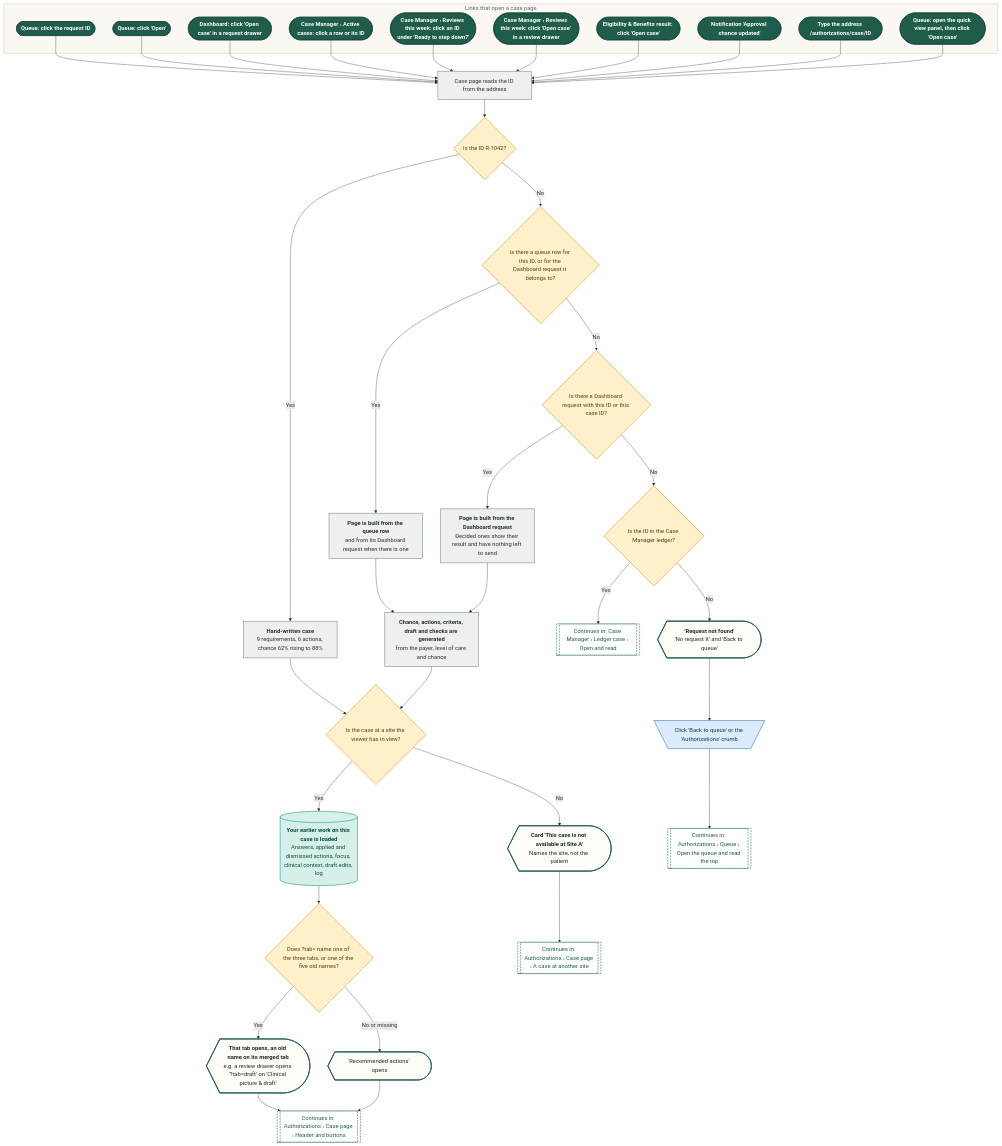
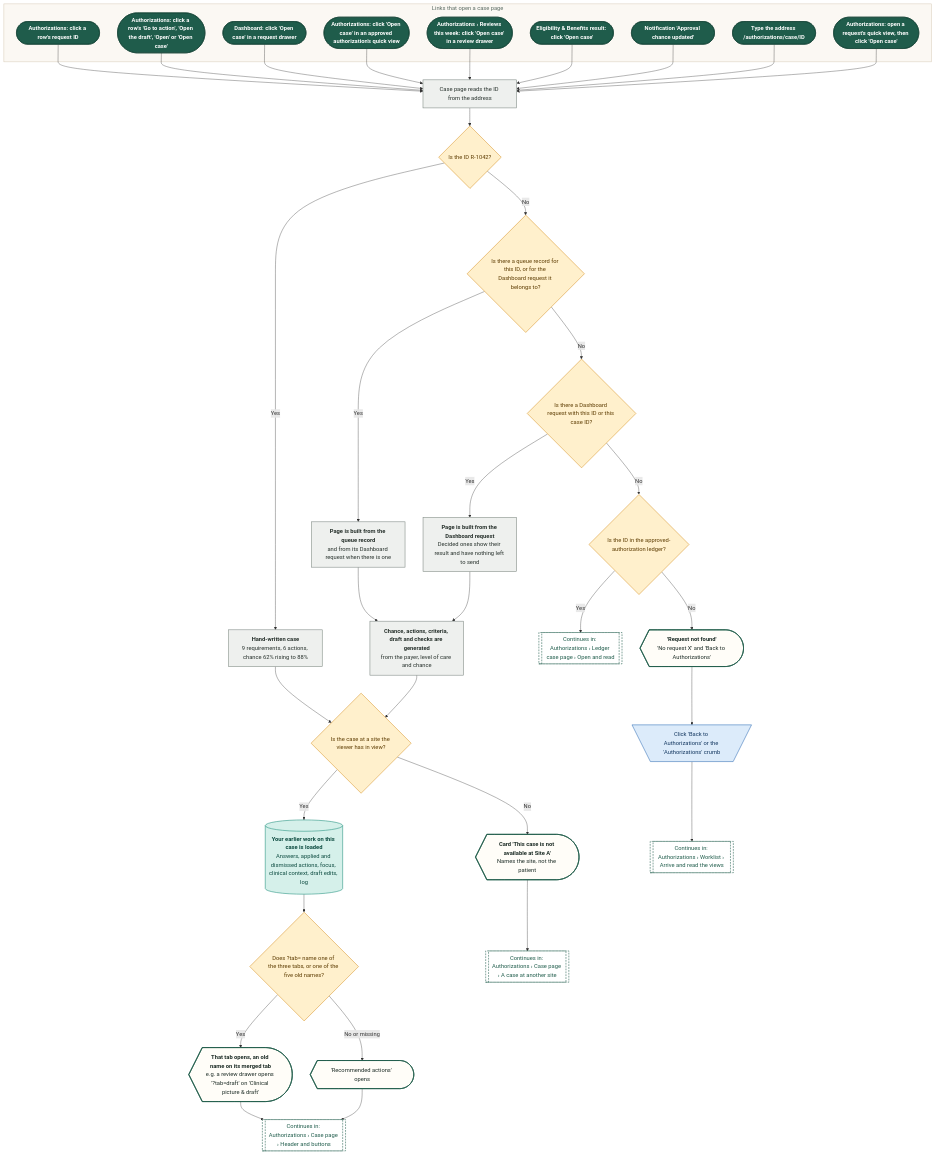
One commit to Shrav143/psyfloapp changed diagram 13 of 38 in demos/prior-auth-demo/workflows/out/md/03-authorizations.md. Above: the diagram before and after it, drawn with Mermaid. The commit also changed other lines of this file and 113 other files, not shown here.

First line of the commit message:
docs: workflow diagrams for the merged Authorizations (worklist, approved, reviews and tracked cases, sidebar arrow), every link retargeted, 336 diagrams

```diff
--- a/demos/prior-auth-demo/workflows/out/md/03-authorizations.md
+++ b/demos/prior-auth-demo/workflows/out/md/03-authorizations.md
@@ -750,30 +1086,29 @@
   classDef k_toast fill:#FFF9DB,stroke:#C9A400,color:#5A4A00,stroke-width:1.5px
   classDef k_goto fill:#FFFFFF,stroke:#1F5C4B,color:#1F5C4B,stroke-width:1.5px,stroke-dasharray:5 3
   subgraph gIn ["Links that open a case page"]
-  a1@{ shape: stadium, label: "Queue: click the request ID" }
-  a2@{ shape: stadium, label: "Queue: click 'Open'" }
+  a1@{ shape: stadium, label: "Authorizations: click a row's request ID" }
+  a2@{ shape: stadium, label: "Authorizations: click a row's 'Go to action', 'Open the draft', 'Open' or 'Open case'" }
   a3@{ shape: stadium, label: "Dashboard: click 'Open case' in a request drawer" }
-  a4@{ shape: stadium, label: "Case Manager › Active cases: click a row or its ID" }
-  a5@{ shape: stadium, label: "Case Manager › Reviews this week: click an ID under 'Ready to step down?'" }
-  a6@{ shape: stadium, label: "Case Manager › Reviews this week: click 'Open case' in a review drawer" }
+  a4@{ shape: stadium, label: "Authorizations: click 'Open case' in an approved authorization's quick view" }
+  a6@{ shape: stadium, label: "Authorizations › Reviews this week: click 'Open case' in a review drawer" }
   a7@{ shape: stadium, label: "Eligibility & Benefits result: click 'Open case'" }
   a8@{ shape: stadium, label: "Notification 'Approval chance updated'" }
   a9@{ shape: stadium, label: "Type the address /authorizations/case/ID" }
-  a10@{ shape: stadium, label: "Queue: open the quick view panel, then click 'Open case'" }
+  a10@{ shape: stadium, label: "Authorizations: open a request's quick view, then click 'Open case'" }
   end
   r0@{ shape: rect, label: "Case page reads the ID from the address" }
   d1@{ shape: diam, label: "Is the ID R-1042?" }
   hand@{ shape: rect, label: "<b>Hand-written case</b><br/>9 requirements, 6 actions, chance 62% rising to 88%" }
-  d2@{ shape: diam, label: "Is there a queue row for this ID, or for the Dashboard request it belongs to?" }
-  fq@{ shape: rect, label: "<b>Page is built from the queue row</b><br/>and from its Dashboard request when there is one" }
+  d2@{ shape: diam, label: "Is there a queue record for this ID, or for the Dashboard request it belongs to?" }
+  fq@{ shape: rect, label: "<b>Page is built from the queue record</b><br/>and from its Dashboard request when there is one" }
   d3@{ shape: diam, label: "Is there a Dashboard request with this ID or this case ID?" }
   fr@{ shape: rect, label: "<b>Page is built from the Dashboard request</b><br/>Decided ones show their result and have nothing left to send" }
   gen@{ shape: rect, label: "<b>Chance, actions, criteria, draft and checks are generated</b><br/>from the payer, level of care and chance" }
-  d5@{ shape: diam, label: "Is the ID in the Case Manager ledger?" }
-  gL@{ shape: subproc, label: "Continues in: Case Manager › Ledger case › Open and read" }
-  nf@{ shape: curv-trap, label: "<b>'Request not found'</b><br/>'No request X' and 'Back to queue'" }
-  bq@{ shape: trap-t, label: "Click 'Back to queue' or the 'Authorizations' crumb" }
-  gQ@{ shape: subproc, label: "Continues in: Authorizations › Queue › Open the queue and read the top" }
+  d5@{ shape: diam, label: "Is the ID in the approved-authorization ledger?" }
+  gL@{ shape: subproc, label: "Continues in: Authorizations › Ledger case page › Open and read" }
+  nf@{ shape: curv-trap, label: "<b>'Request not found'</b><br/>'No request X' and 'Back to Authorizations'" }
+  bq@{ shape: trap-t, label: "Click 'Back to Authorizations' or the 'Authorizations' crumb" }
+  gQ@{ shape: subproc, label: "Continues in: Authorizations › Worklist › Arrive and read the views" }
   ld@{ shape: cyl, label: "<b>Your earlier work on this case is loaded</b><br/>Answers, applied and dismissed actions, focus, clinical context, draft edits, log" }
   dS@{ shape: diam, label: "Is the case at a site the viewer has in view?" }
   oos@{ shape: curv-trap, label: "<b>Card 'This case is not available at Site A'</b><br/>Names the site, not the patient" }
@@ -786,7 +1121,6 @@
   a2 --> r0
   a3 --> r0
   a4 --> r0
-  a5 --> r0
   a6 --> r0
   a7 --> r0
   a8 --> r0
@@ -808,7 +1142,7 @@
   ld --> d4
   d4 -->|"Yes"| tab1 --> gH
   d4 -->|"No or missing"| tab0 --> gH
-  class a1,a2,a3,a4,a5,a6,a7,a8,a9,a10 k_start
+  class a1,a2,a3,a4,a6,a7,a8,a9,a10 k_start
   class r0,hand,fq,fr,gen k_process
   class d1,d2,d3,d5,dS,d4 k_decision
   class gL,gQ,gO,gH k_goto
```
